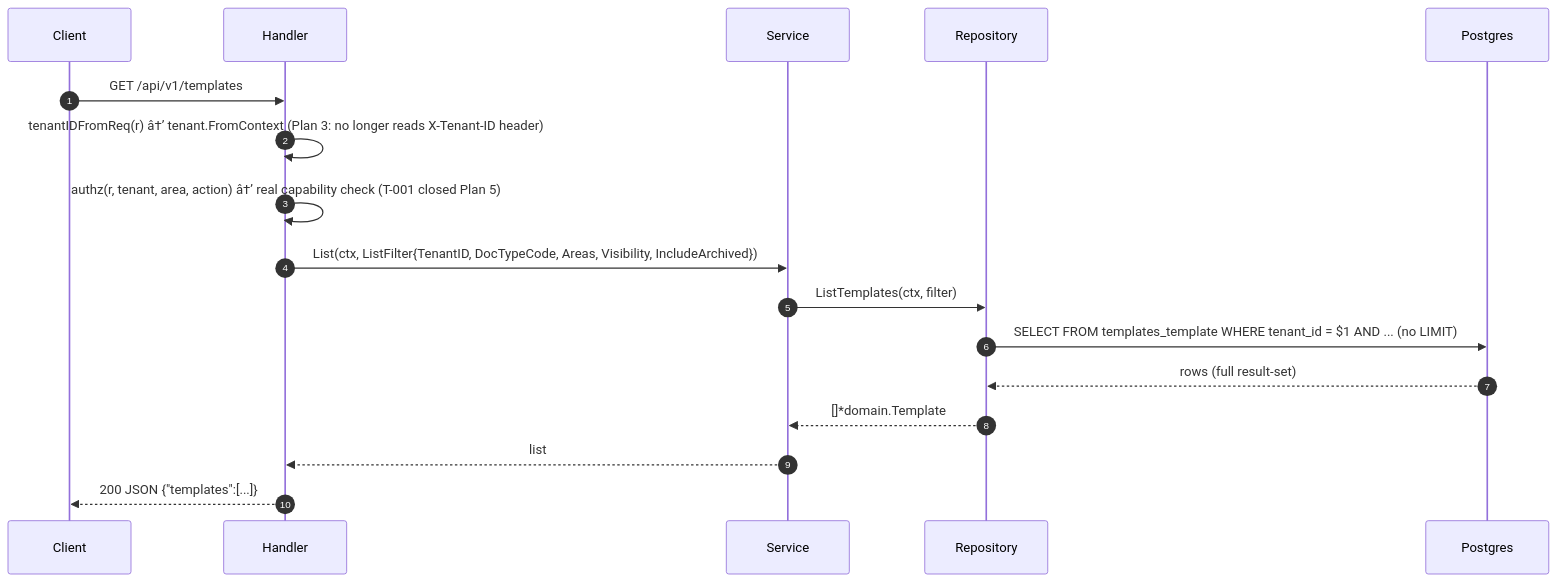
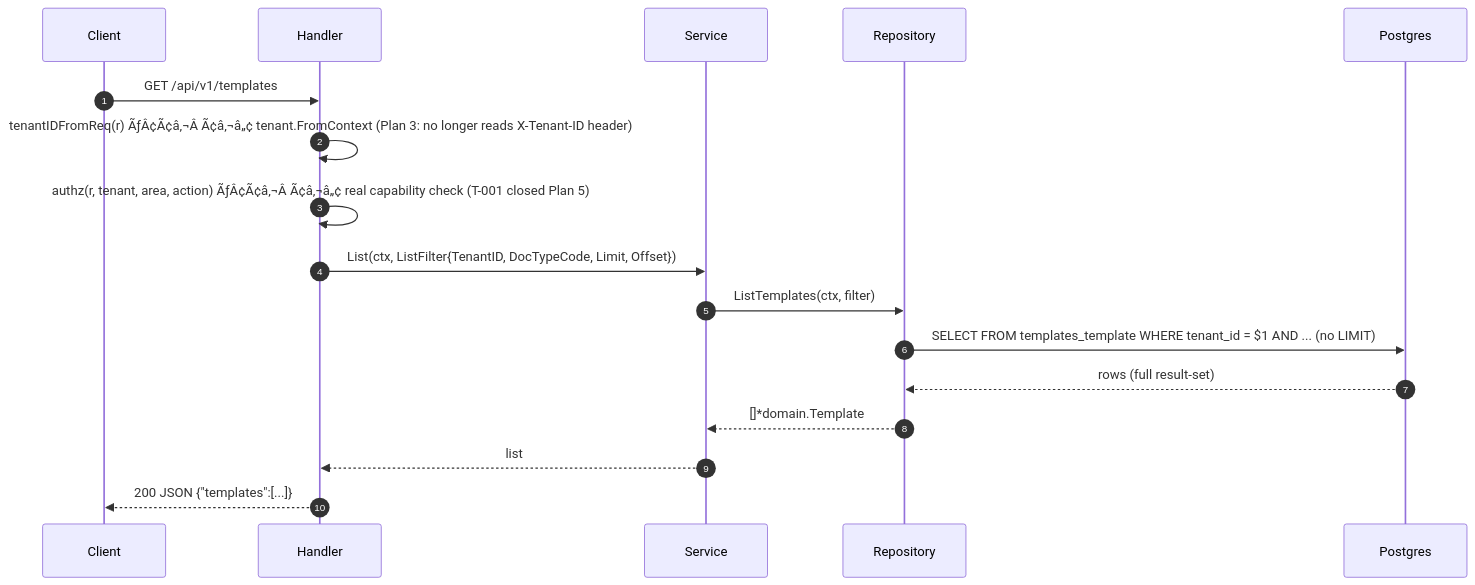
One commit to developmentconexus-ops/MetalDocs changed the third of 5 diagrams in wiki/modules/templates.md. Above: the diagram before and after it, drawn with Mermaid. The commit also changed other lines of this file and 116 other files, not shown here.

````diff
--- a/wiki/modules/templates.md
+++ b/wiki/modules/templates.md
@@ -247,19 +221,19 @@
 ```mermaid
 sequenceDiagram
     autonumber
     participant C as Client
     participant H as Handler
     participant S as Service
     participant R as Repository
     participant DB as Postgres
     C->>H: GET /api/v1/templates
-    H->>H: tenantIDFromReq(r) â†’ tenant.FromContext (Plan 3: no longer reads X-Tenant-ID header)
-    H->>H: authz(r, tenant, area, action) â†’ real capability check (T-001 closed Plan 5)
-    H->>S: List(ctx, ListFilter{TenantID, DocTypeCode, Areas, Visibility, IncludeArchived})
+    H->>H: tenantIDFromReq(r) ÃƒÂ¢Ã¢â‚¬Â Ã¢â‚¬â„¢ tenant.FromContext (Plan 3: no longer reads X-Tenant-ID header)
+    H->>H: authz(r, tenant, area, action) ÃƒÂ¢Ã¢â‚¬Â Ã¢â‚¬â„¢ real capability check (T-001 closed Plan 5)
+    H->>S: List(ctx, ListFilter{TenantID, DocTypeCode, Limit, Offset})
     S->>R: ListTemplates(ctx, filter)
     R->>DB: SELECT FROM templates_template WHERE tenant_id = $1 AND ... (no LIMIT)
     DB-->>R: rows (full result-set)
     R-->>S: []*domain.Template
     S-->>H: list
     H-->>C: 200 JSON {"templates":[...]}
 ```
````
